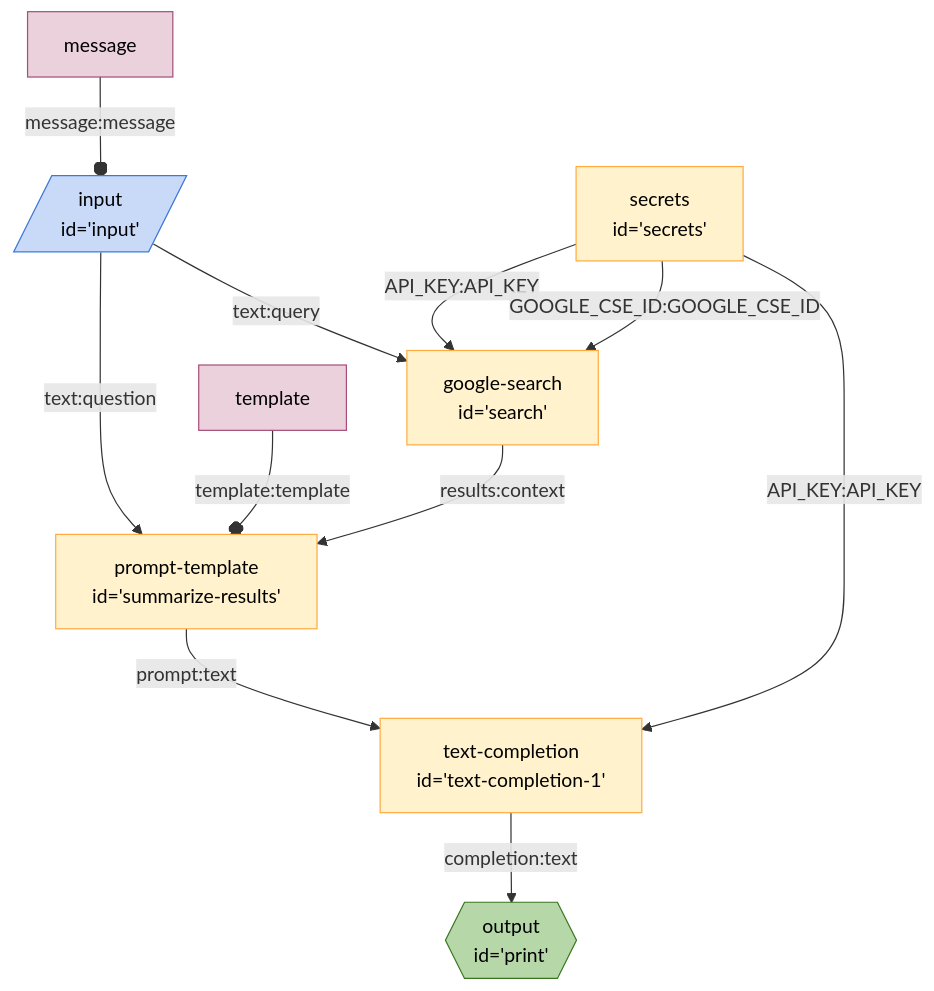
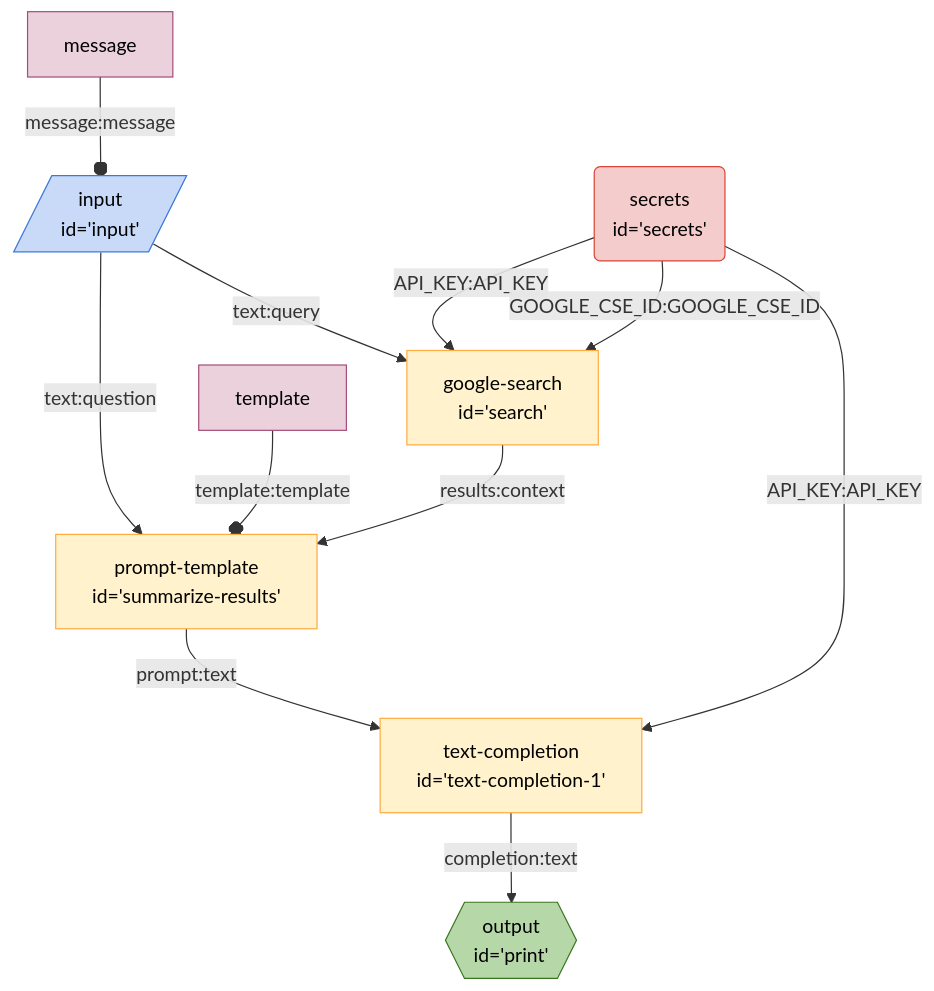
One commit to breadboard-ai/breadboard changed the diagram in seeds/graph-playground/docs/graphs/search-summarize.md. Above: the diagram before and after it, drawn with Mermaid. The commit also changed 14 other files, not shown here.

Commit message:
[graphs] Make `secrets` more prominent on diagrams.

````diff
--- a/seeds/graph-playground/docs/graphs/search-summarize.md
+++ b/seeds/graph-playground/docs/graphs/search-summarize.md
@@ -4,37 +4,38 @@
 ```mermaid
 %%{init: 'themeVariables': { 'fontFamily': 'Fira Code, monospace' }}%%
 graph TD;
 input[/"input
 id='input'"/]:::input -- text:question --> summarizeresults["prompt-template
 id='summarize-results'"]
-secrets["secrets
-id='secrets'"] -- API_KEY:API_KEY --> search["google-search
+secrets("secrets
+id='secrets'"):::secrets -- API_KEY:API_KEY --> search["google-search
 id='search'"]
-secrets["secrets
-id='secrets'"] -- GOOGLE_CSE_ID:GOOGLE_CSE_ID --> search["google-search
+secrets("secrets
+id='secrets'"):::secrets -- GOOGLE_CSE_ID:GOOGLE_CSE_ID --> search["google-search
 id='search'"]
 input[/"input
 id='input'"/]:::input -- text:query --> search["google-search
 id='search'"]
 search["google-search
 id='search'"] -- results:context --> summarizeresults["prompt-template
 id='summarize-results'"]
-secrets["secrets
-id='secrets'"] -- API_KEY:API_KEY --> textcompletion1["text-completion
+secrets("secrets
+id='secrets'"):::secrets -- API_KEY:API_KEY --> textcompletion1["text-completion
 id='text-completion-1'"]
 summarizeresults["prompt-template
 id='summarize-results'"] -- prompt:text --> textcompletion1["text-completion
 id='text-completion-1'"]
 textcompletion1["text-completion
 id='text-completion-1'"] -- completion:text --> print{{"output
 id='print'"}}:::output
 messageinput[message]:::config -- message:message --o input
 templatesummarizeresults[template]:::config -- template:template --o summarizeresults
 classDef default stroke:#ffab40,fill:#fff2ccff,color:#000
 classDef input stroke:#3c78d8,fill:#c9daf8ff,color:#000
 classDef output stroke:#38761d,fill:#b6d7a8ff,color:#000
 classDef passthrough stroke:#a64d79,fill:#ead1dcff,color:#000
 classDef slot stroke:#a64d79,fill:#ead1dcff,color:#000
 classDef config stroke:#a64d79,fill:#ead1dcff,color:#000
+classDef secrets stroke:#db4437,fill:#f4cccc,color:#000
 classDef slotted stroke:#a64d79
 ```
````
